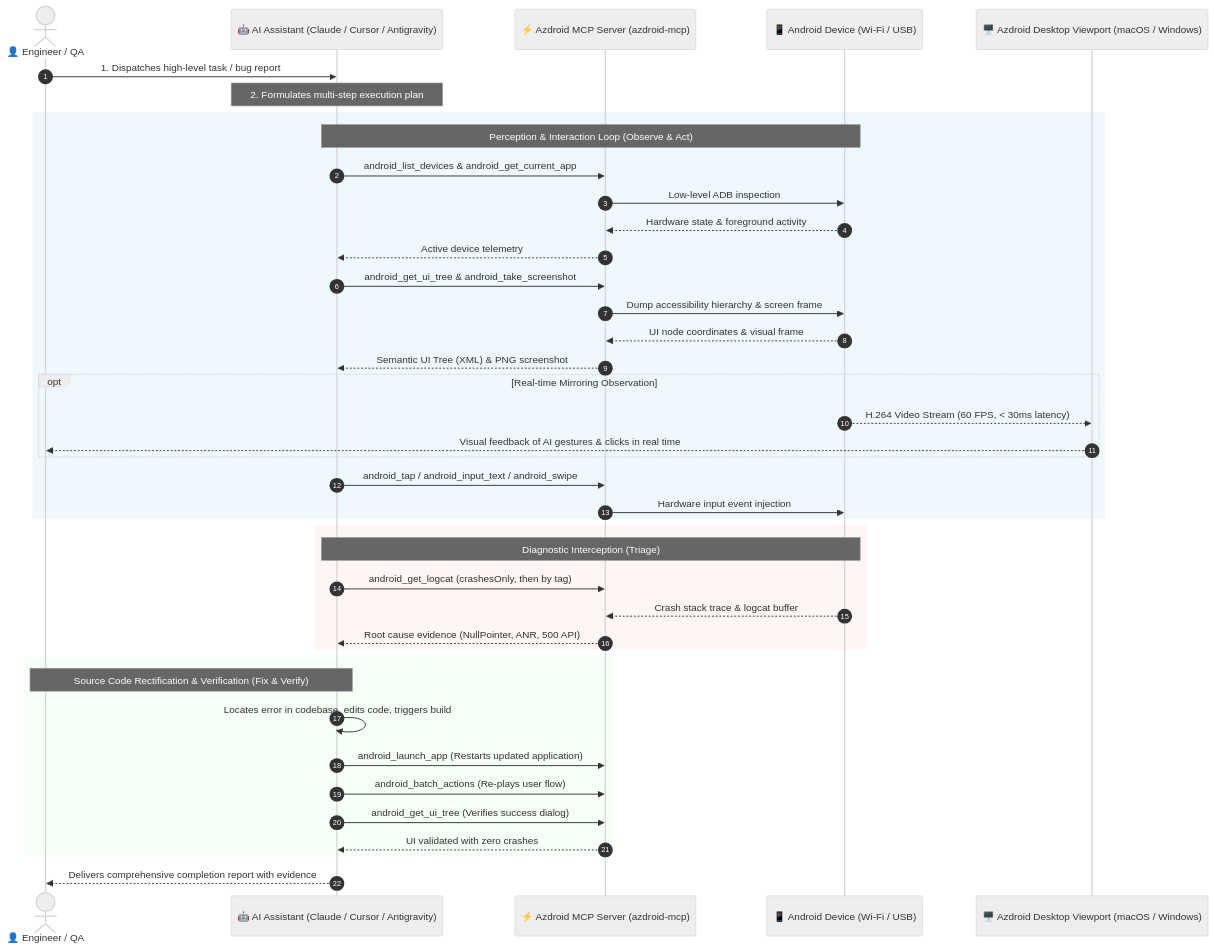
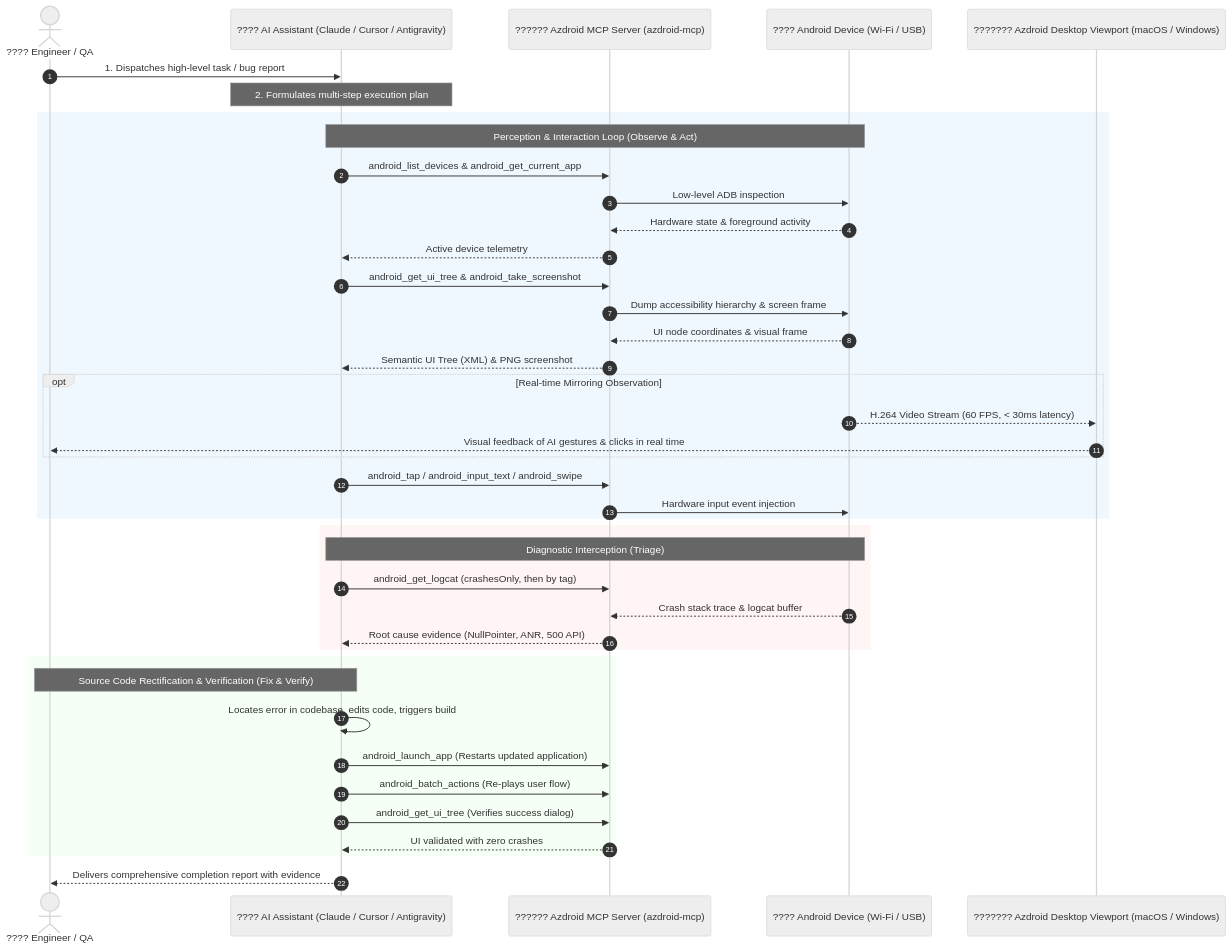
Before and after one commit to az-coder-123/azdroid: the second of 3 diagrams in README.md, drawn with Mermaid (neutral theme). The commit also changed other lines of this file and 2 other files, not shown here.

Commit message:
chore(release): attach Windows v1.4.0 package and update download links

````diff
--- a/README.md
+++ b/README.md
@@ -184,51 +184,51 @@
 ```mermaid
 sequenceDiagram
     autonumber
-    actor User as 👤 Engineer / QA
-    participant AI as 🤖 AI Assistant (Claude / Cursor / Antigravity)
-    participant MCP as ⚡️ Azdroid MCP Server (azdroid-mcp)
-    participant Device as 📱 Android Device (Wi-Fi / USB)
-    participant Desktop as 🖥️ Azdroid Desktop Viewport (macOS / Windows)
+    actor User as ???? Engineer / QA
+    participant AI as ???? AI Assistant (Claude / Cursor / Antigravity)
+    participant MCP as ?????? Azdroid MCP Server (azdroid-mcp)
+    participant Device as ???? Android Device (Wi-Fi / USB)
+    participant Desktop as ??????? Azdroid Desktop Viewport (macOS / Windows)
 
     User->>AI: 1. Dispatches high-level task / bug report
     Note over AI: 2. Formulates multi-step execution plan
 
     rect rgb(240, 248, 255)
         Note over AI,Device: Perception & Interaction Loop (Observe & Act)
         AI->>MCP: android_list_devices & android_get_current_app
         MCP->>Device: Low-level ADB inspection
         Device-->>MCP: Hardware state & foreground activity
         MCP-->>AI: Active device telemetry
 
         AI->>MCP: android_get_ui_tree & android_take_screenshot
         MCP->>Device: Dump accessibility hierarchy & screen frame
         Device-->>MCP: UI node coordinates & visual frame
         MCP-->>AI: Semantic UI Tree (XML) & PNG screenshot
         
         opt Real-time Mirroring Observation
             Device-->>Desktop: H.264 Video Stream (60 FPS, < 30ms latency)
             Desktop-->>User: Visual feedback of AI gestures & clicks in real time
         end
 
         AI->>MCP: android_tap / android_input_text / android_swipe
         MCP->>Device: Hardware input event injection
     end
 
     rect rgb(255, 245, 245)
         Note over AI,Device: Diagnostic Interception (Triage)
         AI->>MCP: android_get_logcat (crashesOnly, then by tag)
         Device-->>MCP: Crash stack trace & logcat buffer
         MCP-->>AI: Root cause evidence (NullPointer, ANR, 500 API)
     end
 
     rect rgb(245, 255, 245)
         Note over AI,User: Source Code Rectification & Verification (Fix & Verify)
         AI->>AI: Locates error in codebase, edits code, triggers build
         AI->>MCP: android_launch_app (Restarts updated application)
         AI->>MCP: android_batch_actions (Re-plays user flow)
         AI->>MCP: android_get_ui_tree (Verifies success dialog)
         MCP-->>AI: UI validated with zero crashes
     end
 
     AI-->>User: Delivers comprehensive completion report with evidence
 ```
````
